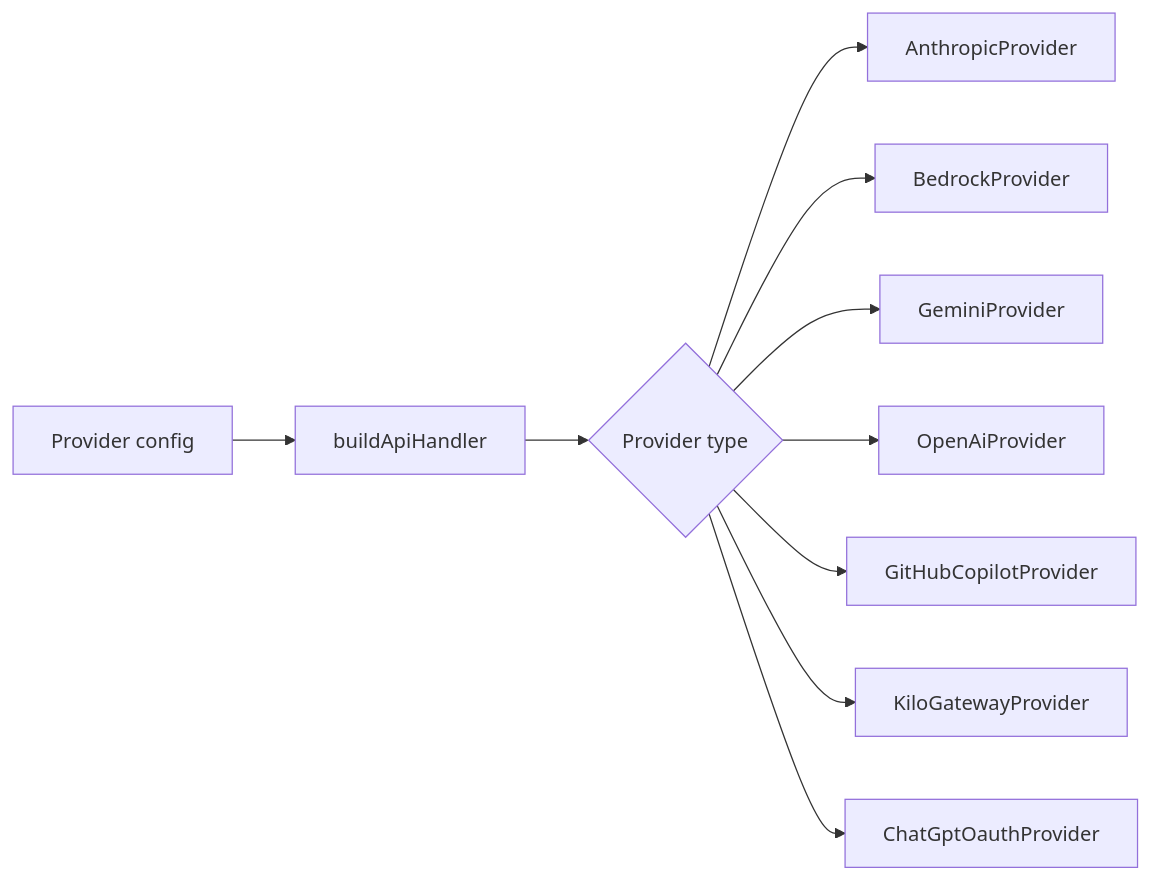
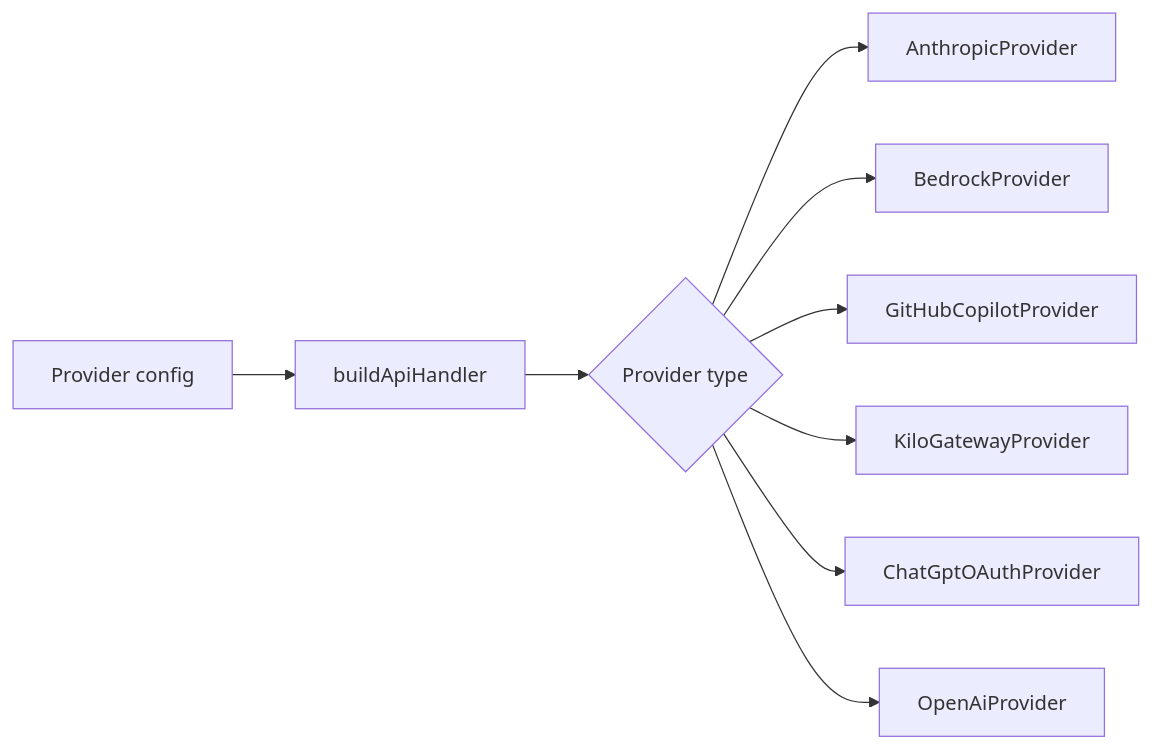
One commit to ivseb/vault-operator changed the diagram in docs/concepts/provider-auth.md. Above: the diagram before and after it, drawn with Mermaid. The commit also changed other lines of this file and 47 other files, not shown here.

````diff
--- a/docs/concepts/provider-auth.md
+++ b/docs/concepts/provider-auth.md
@@ -14,12 +14,11 @@
 ```mermaid
 flowchart LR
     M[Provider config] --> F[buildApiHandler]
     F --> P{Provider type}
     P --> AN[AnthropicProvider]
     P --> BR[BedrockProvider]
-    P --> GE[GeminiProvider]
-    P --> OP[OpenAiProvider]
     P --> GH[GitHubCopilotProvider]
     P --> KG[KiloGatewayProvider]
-    P --> CX[ChatGptOauthProvider]
+    P --> CX[ChatGptOAuthProvider]
+    P --> OP[OpenAiProvider]
 ```
````
